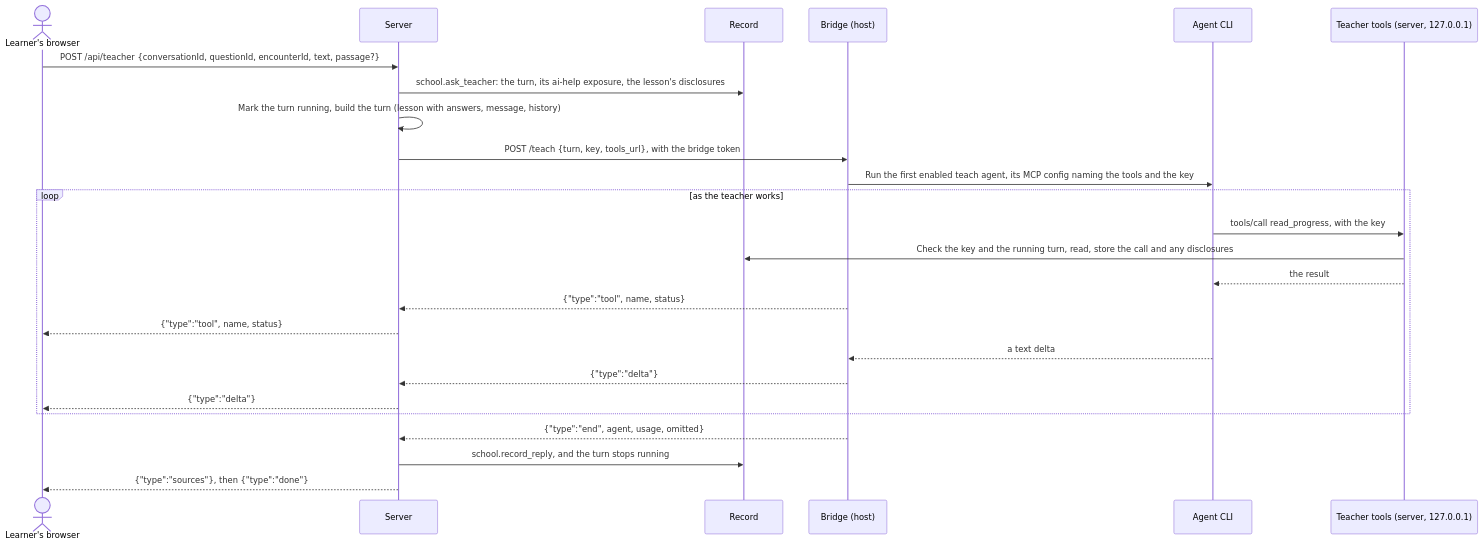
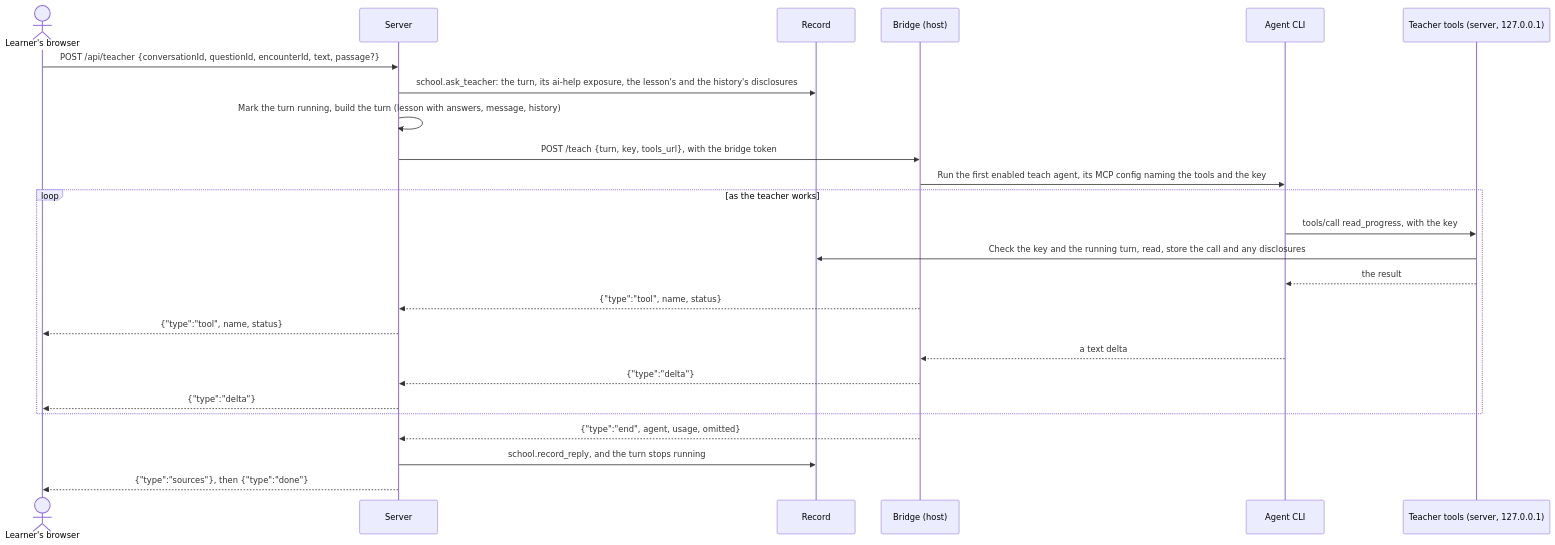
The first of 5 diagrams in docs/rfc/0011-asking-the-teacher.md (flyingrobots/school), drawn with Mermaid before and after one commit. The commit also changed other lines of this file, not shown here.

````diff
--- a/docs/rfc/0011-asking-the-teacher.md
+++ b/docs/rfc/0011-asking-the-teacher.md
@@ -191,27 +191,27 @@
 ```mermaid
 sequenceDiagram
     actor L as Learner's browser
     participant S as Server
     participant D as Record
     participant B as Bridge (host)
     participant A as Agent CLI
     participant T as Teacher tools (server, 127.0.0.1)
     L->>S: POST /api/teacher {conversationId, questionId, encounterId, text, passage?}
-    S->>D: school.ask_teacher: the turn, its ai-help exposure, the lesson's disclosures
+    S->>D: school.ask_teacher: the turn, its ai-help exposure, the lesson's and the history's disclosures
     S->>S: Mark the turn running, build the turn (lesson with answers, message, history)
     S->>B: POST /teach {turn, key, tools_url}, with the bridge token
     B->>A: Run the first enabled teach agent, its MCP config naming the tools and the key
     loop as the teacher works
         A->>T: tools/call read_progress, with the key
         T->>D: Check the key and the running turn, read, store the call and any disclosures
         T-->>A: the result
         B-->>S: {"type":"tool", name, status}
         S-->>L: {"type":"tool", name, status}
         A-->>B: a text delta
         B-->>S: {"type":"delta"}
         S-->>L: {"type":"delta"}
     end
     B-->>S: {"type":"end", agent, usage, omitted}
     S->>D: school.record_reply, and the turn stops running
     S-->>L: {"type":"sources"}, then {"type":"done"}
 ```
````
